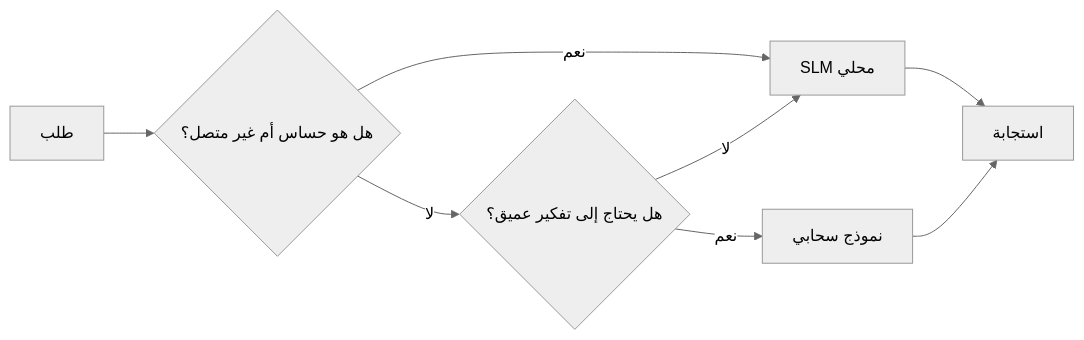
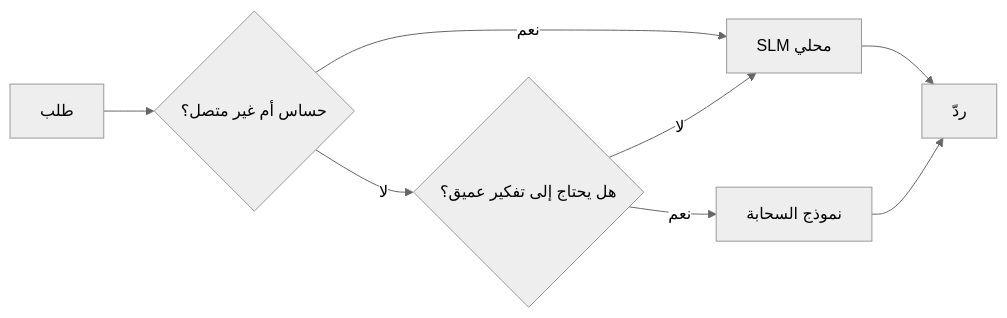
One commit to gabrielmoreira/agent-skills-mirror changed the fourth of 4 diagrams in mirrors/repos/microsoft@ai-agents-for-beginners/translations/ar/17-creating-local-ai-agents/README.md. Above: the diagram before and after it, drawn with Mermaid (neutral theme). The commit also changed other lines of this file and 4262 other files, not shown here.

````diff
--- a/mirrors/repos/microsoft@ai-agents-for-beginners/translations/ar/17-creating-local-ai-agents/README.md
+++ b/mirrors/repos/microsoft@ai-agents-for-beginners/translations/ar/17-creating-local-ai-agents/README.md
@@ -156,10 +156,10 @@
 ```mermaid
 flowchart LR
-    Q[طلب] --> S{هل هو حساس أم غير متصل؟}
+    Q[طلب] --> S{حساس أم غير متصل؟}
     S -->|نعم| L[SLM محلي]
     S -->|لا| C{هل يحتاج إلى تفكير عميق؟}
     C -->|لا| L
-    C -->|نعم| Cloud[نموذج سحابي]
-    L --> Out[استجابة]
+    C -->|نعم| Cloud[نموذج السحابة]
+    L --> Out[ردّ]
     Cloud --> Out
 ```
````
